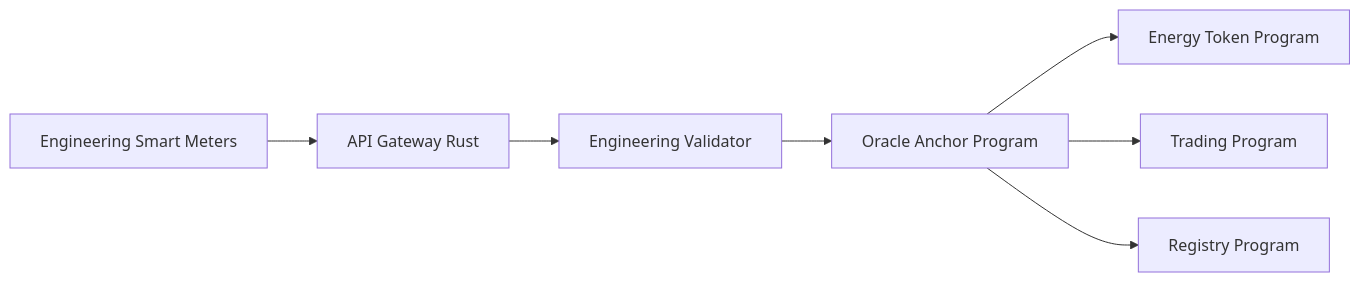
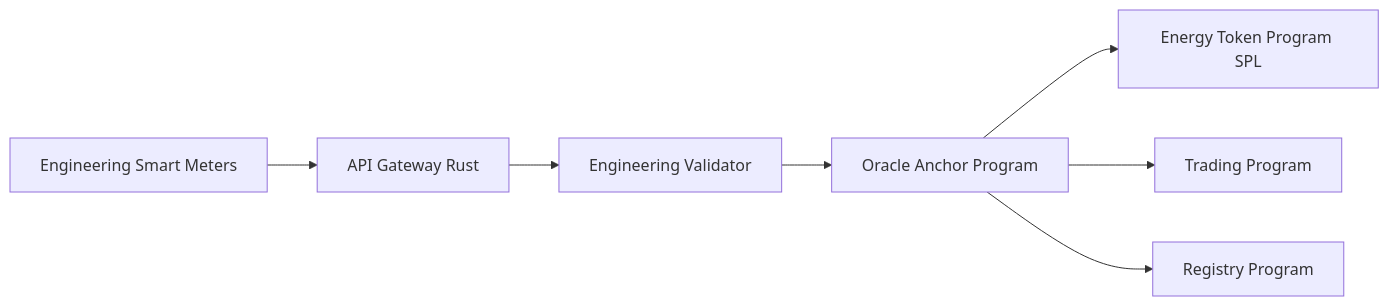
Before and after one commit to NakaSato/p2p: the diagram in docs/SMART_METER_SIMULATION.md, drawn with Mermaid. The commit also changed other lines of this file and 21 other files, not shown here.

````diff
--- a/docs/SMART_METER_SIMULATION.md
+++ b/docs/SMART_METER_SIMULATION.md
@@ -9,9 +9,9 @@
 ```mermaid
 graph LR
   A[Engineering Smart Meters] --> B[API Gateway Rust]
   B --> C[Engineering Validator]
   C --> D[Oracle Anchor Program]
-  D --> E[Energy Token Program]
+  D --> E[Energy Token Program SPL]
   D --> F[Trading Program]
   D --> G[Registry Program]
 ```
````
